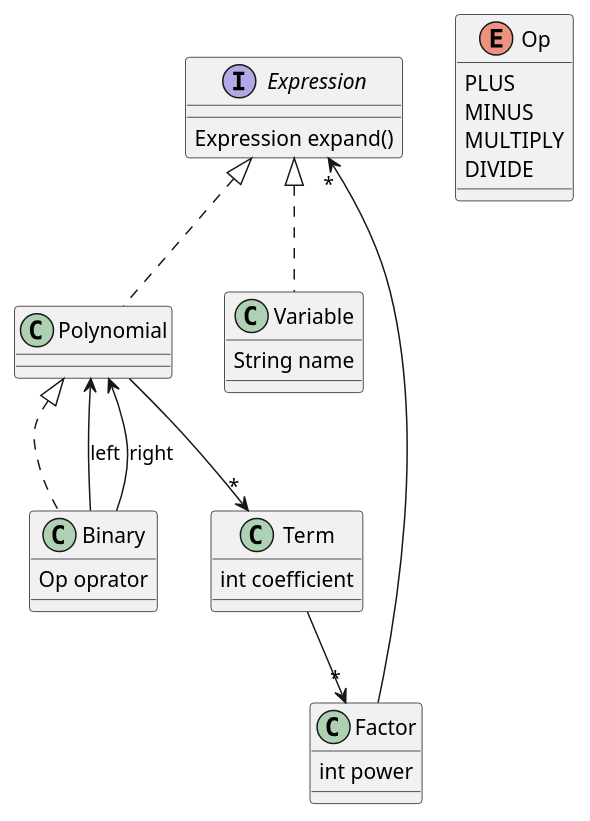
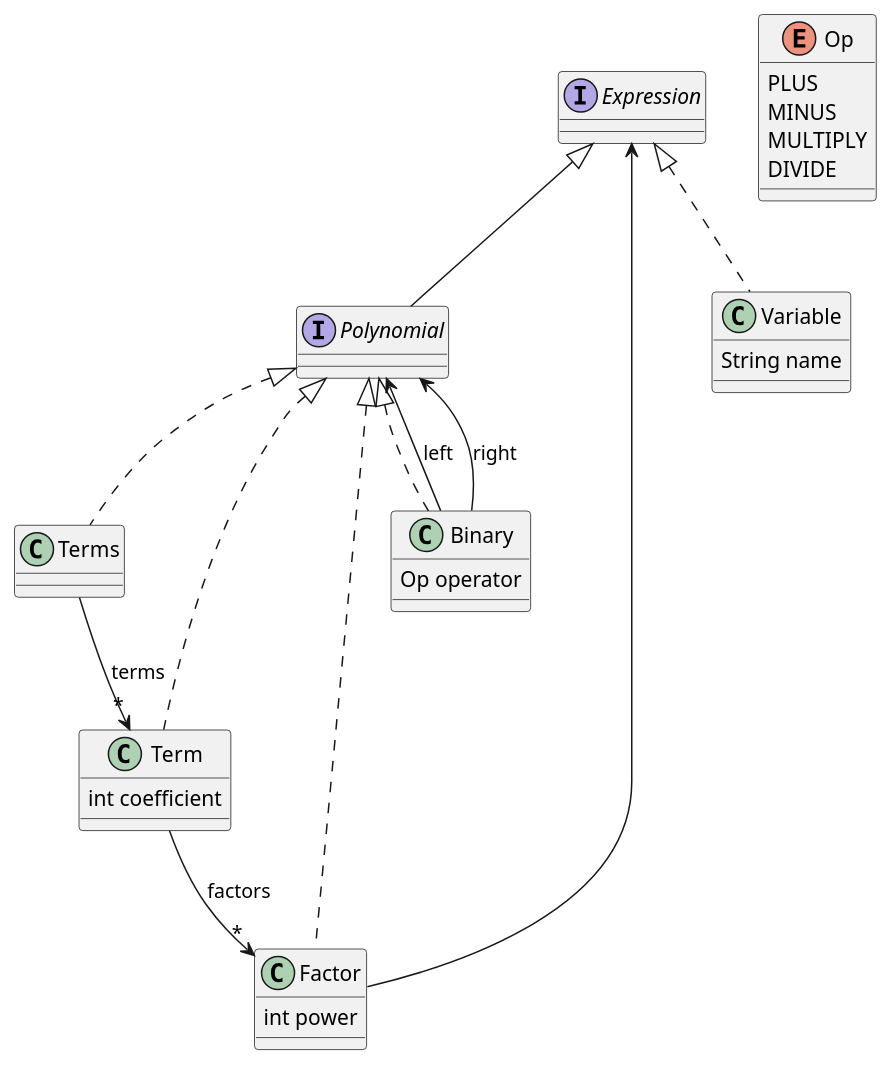
One commit to saka1029/form changed the diagram in doc/classes2.plantuml. Above: the diagram before and after it, drawn with PlantUML.

```diff
--- a/doc/classes2.plantuml
+++ b/doc/classes2.plantuml
@@ -1,33 +1,34 @@
-@startuml form
+@startuml
+interface Expression
+interface Polynomial
+Polynomial -up-|> Expression
+class Terms
+Terms .up.|> Polynomial
+class Term {
+    int coefficient
+}
+Term .up.|> Polynomial
+Terms --> "*" Term : terms
+class Factor {
+    int power
+}
+Factor .up.|> Polynomial
+Factor -up-> Expression
+Term --> "*" Factor : factors
+class Variable {
+    String name
+}
+Variable .up.|> Expression
 enum Op {
     PLUS
     MINUS
     MULTIPLY
     DIVIDE
 }
-' Primary -> Expression
-interface Expression {
-    Expression expand()
-}
 class Binary {
-    Op oprator
-}
-class Polynomial
-class Term {
-    int coefficient
-}
-class Factor {
-    int power
-}
-class Variable {
-    String name
+    Op operator
 }
 Binary .up.|> Polynomial
-Polynomial .up.|> Expression
-Variable .up.|> Expression
 Binary --> Polynomial : left
 Binary --> Polynomial : right
-Polynomial --> "*" Term
-Term --> "*" Factor
-Factor -->  "*" Expression
 @enduml
```
